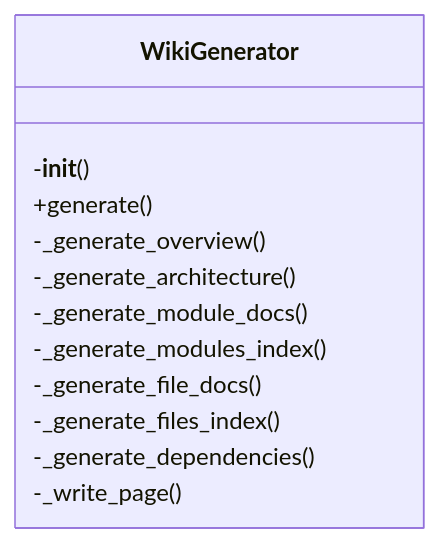
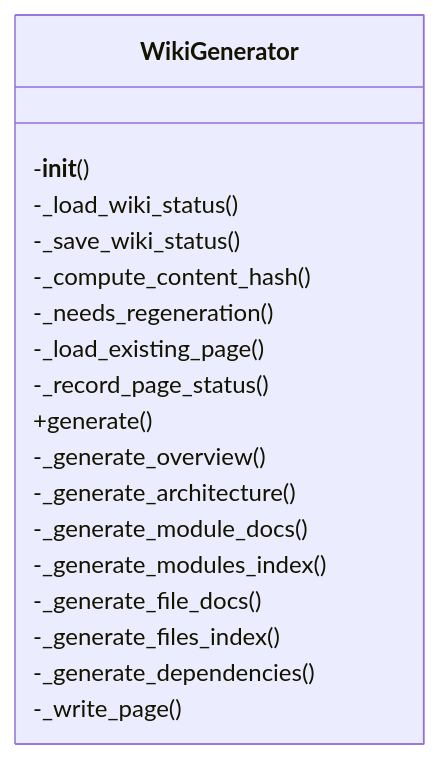
Before and after one commit to UrbanDiver/local-deepwiki-mcp: the first of 2 diagrams in .deepwiki/files/src/local_deepwiki/generators/wiki.md, drawn with Mermaid. The commit also changed other lines of this file and 31 other files, not shown here.

````diff
--- a/.deepwiki/files/src/local_deepwiki/generators/wiki.md
+++ b/.deepwiki/files/src/local_deepwiki/generators/wiki.md
@@ -180,15 +289,21 @@
 ```mermaid
 classDiagram
     class WikiGenerator {
         -__init__()
+        -_load_wiki_status()
+        -_save_wiki_status()
+        -_compute_content_hash()
+        -_needs_regeneration()
+        -_load_existing_page()
+        -_record_page_status()
         +generate()
         -_generate_overview()
         -_generate_architecture()
         -_generate_module_docs()
         -_generate_modules_index()
         -_generate_file_docs()
         -_generate_files_index()
         -_generate_dependencies()
         -_write_page()
     }
 ```
````
